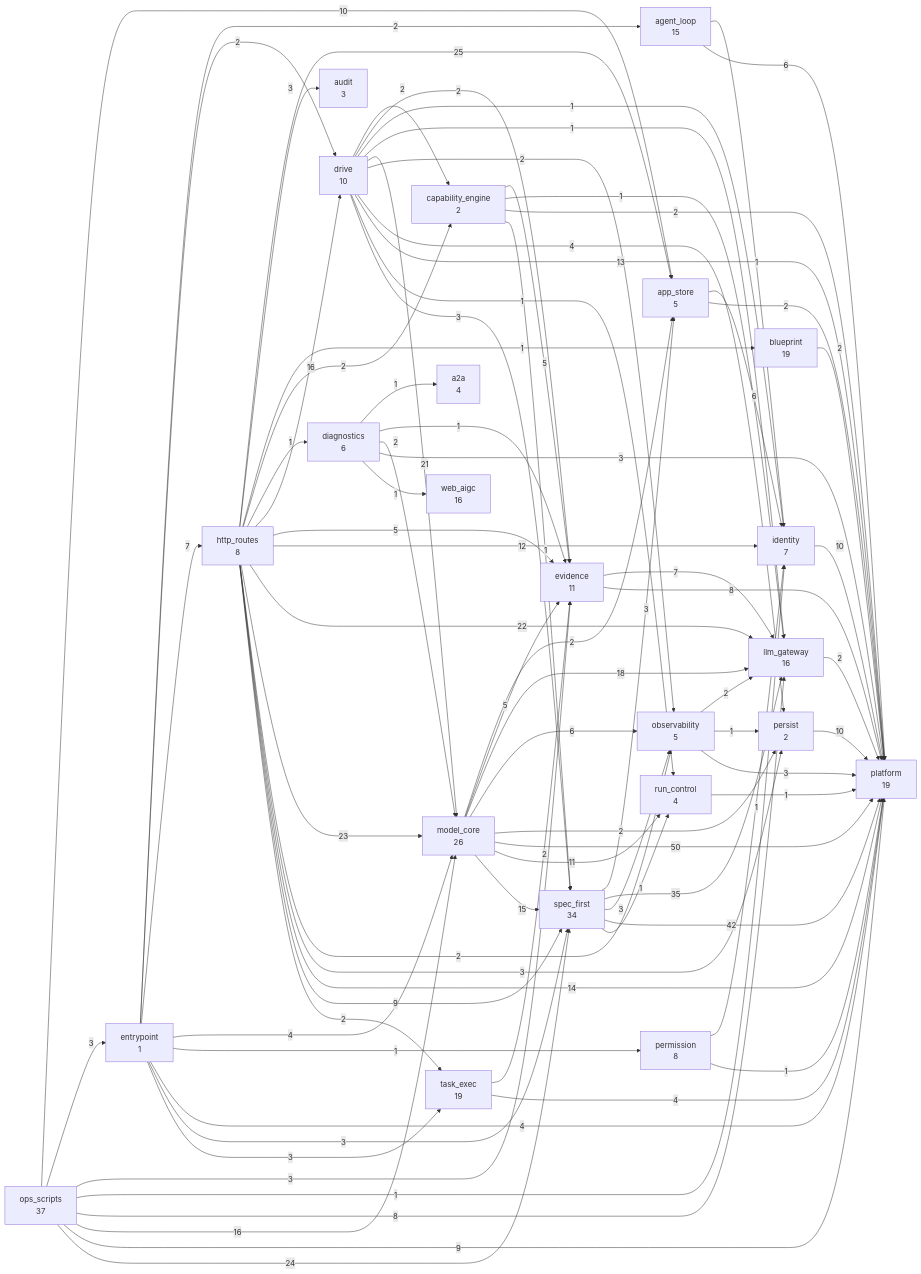
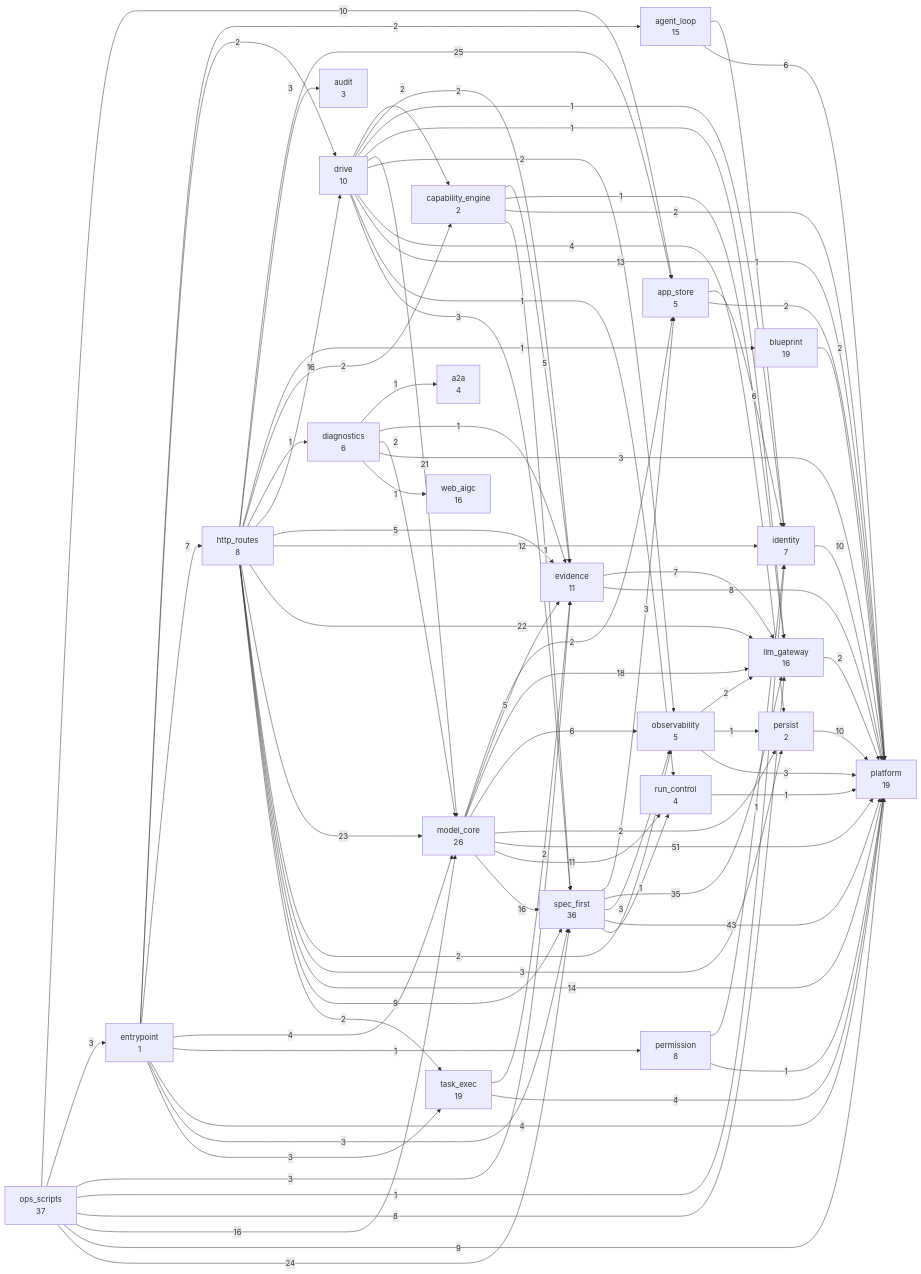
Before and after one commit to 2686521696/WhyBuddy: the second of 2 diagrams in docs/SlideRule V6.2 架构图（自动生成）.md, drawn with Mermaid. The commit also changed other lines of this file and 24 other files, not shown here.

First line of the commit message:
范围卡公开五件套可编排，spec-first 按计划跑，不再焊死整条链。

```diff
--- a/docs/SlideRule V6.2 架构图（自动生成）.md
+++ b/docs/SlideRule V6.2 架构图（自动生成）.md
@@ -110,7 +110,7 @@
   persist["persist<br/>2"]
   platform["platform<br/>19"]
   run_control["run_control<br/>4"]
-  spec_first["spec_first<br/>34"]
+  spec_first["spec_first<br/>36"]
   task_exec["task_exec<br/>19"]
   web_aigc["web_aigc<br/>16"]
   agent_loop -->|1| identity
@@ -169,9 +169,9 @@
   model_core -->|18| llm_gateway
   model_core -->|6| observability
   model_core -->|2| persist
-  model_core -->|50| platform
+  model_core -->|51| platform
   model_core -->|11| run_control
-  model_core -->|15| spec_first
+  model_core -->|16| spec_first
   observability -->|2| llm_gateway
   observability -->|1| persist
   observability -->|3| platform
@@ -190,7 +190,7 @@
   spec_first -->|3| app_store
   spec_first -->|35| llm_gateway
   spec_first -->|3| observability
-  spec_first -->|42| platform
+  spec_first -->|43| platform
   spec_first -->|1| run_control
   task_exec -->|2| evidence
   task_exec -->|4| platform
```
